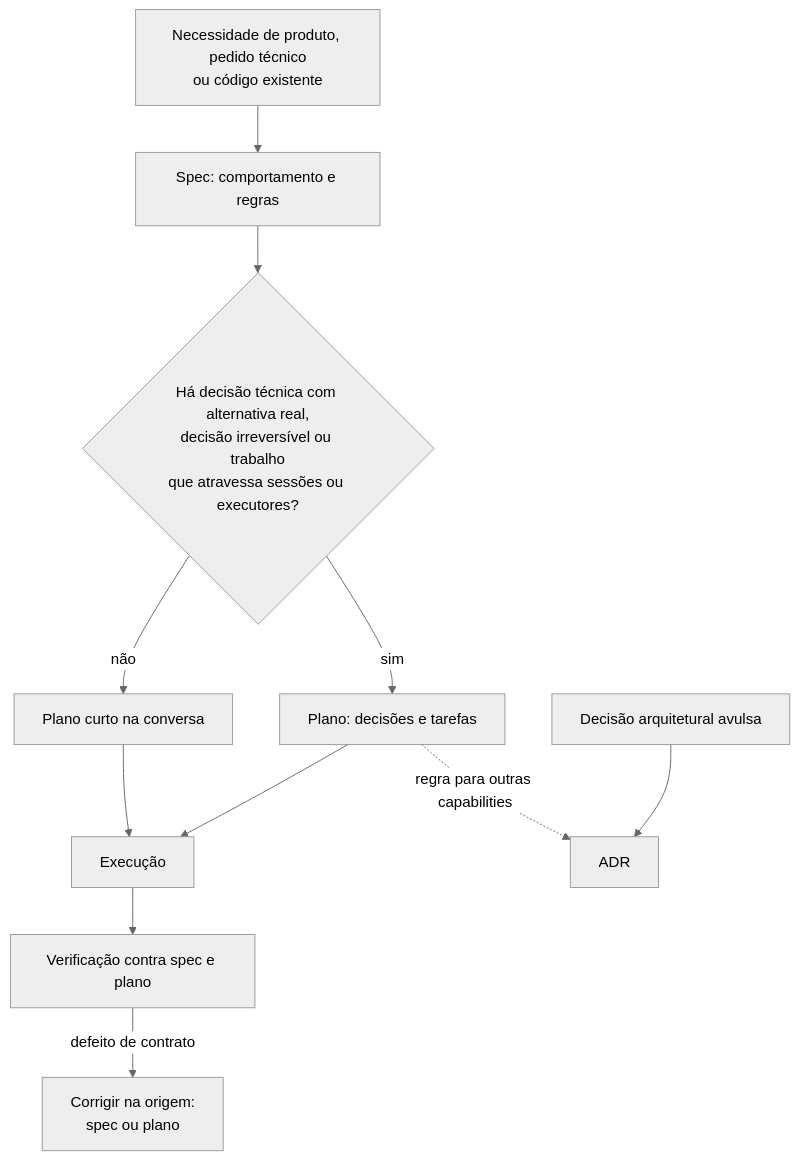
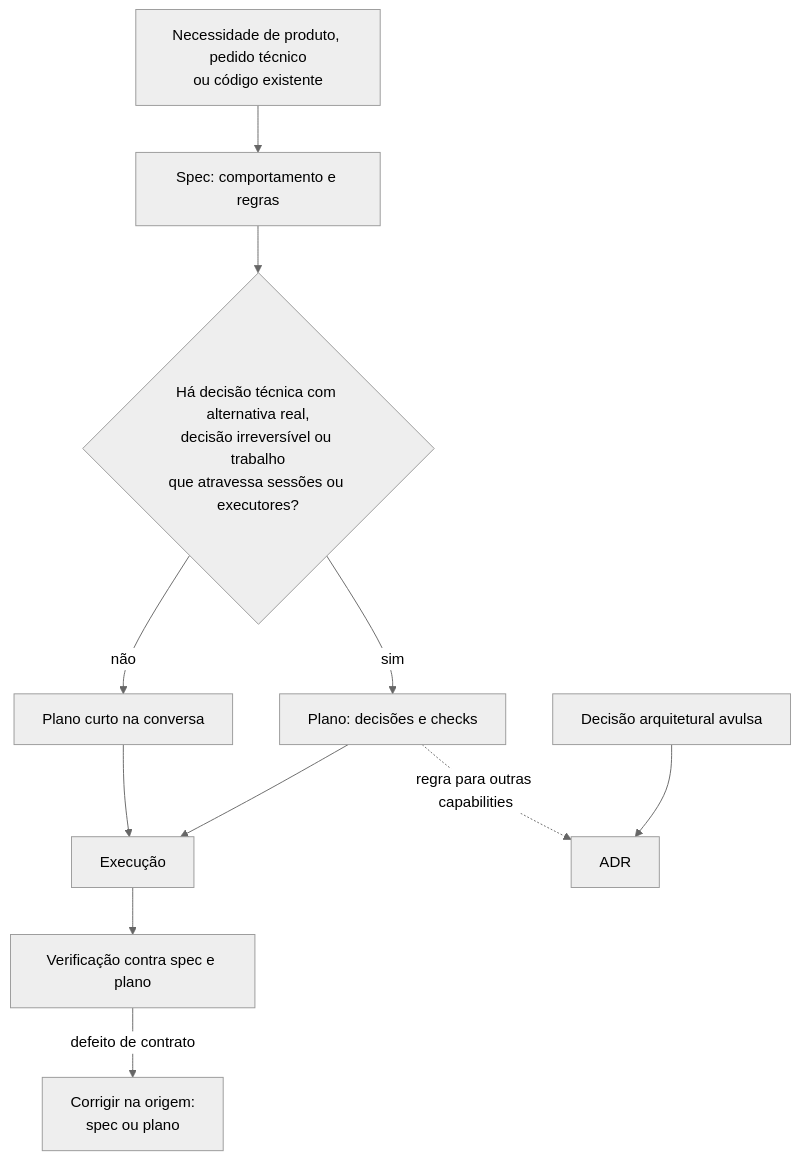
One commit to guilhermesalvi/ai-skills changed the diagram in plugins/ai-skills/skills/sdd/SKILL.md. Above: the diagram before and after it, drawn with Mermaid (neutral theme). The commit also changed other lines of this file and 12 other files, not shown here.

Commit message:
feat: replace sdd tasks with checks and english schema

````diff
--- a/plugins/ai-skills/skills/sdd/SKILL.md
+++ b/plugins/ai-skills/skills/sdd/SKILL.md
@@ -10,13 +10,13 @@
 ```mermaid
 flowchart TD
     Source[Necessidade de produto, pedido técnico<br/>ou código existente] --> Spec[Spec: comportamento e regras]
     Spec --> NeedPlan{Há decisão técnica com alternativa real,<br/>decisão irreversível ou trabalho<br/>que atravessa sessões ou executores?}
-    NeedPlan -- sim --> Plan[Plano: decisões e tarefas]
+    NeedPlan -- sim --> Plan[Plano: decisões e checks]
     NeedPlan -- não --> Short[Plano curto na conversa]
     Plan -. regra para outras capabilities .-> ADR[ADR]
     Decision[Decisão arquitetural avulsa] --> ADR
     Plan --> Execute[Execução]
     Short --> Execute
     Execute --> Verify[Verificação contra spec e plano]
     Verify -- defeito de contrato --> Fix[Corrigir na origem:<br/>spec ou plano]
 ```
````
